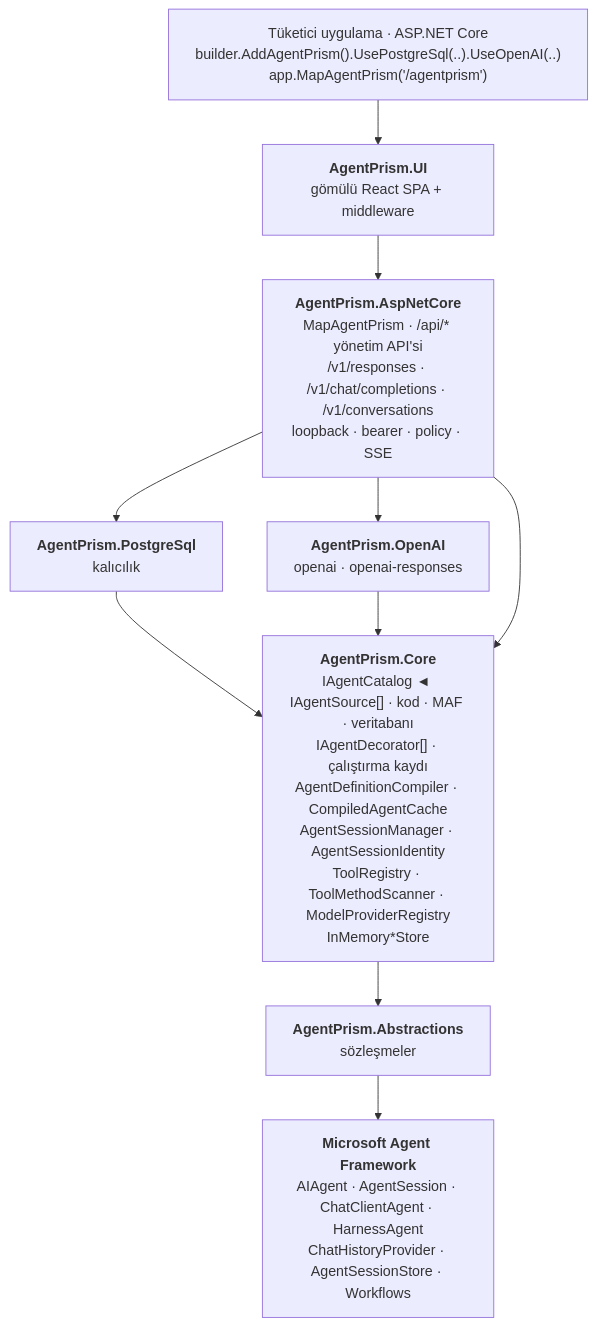
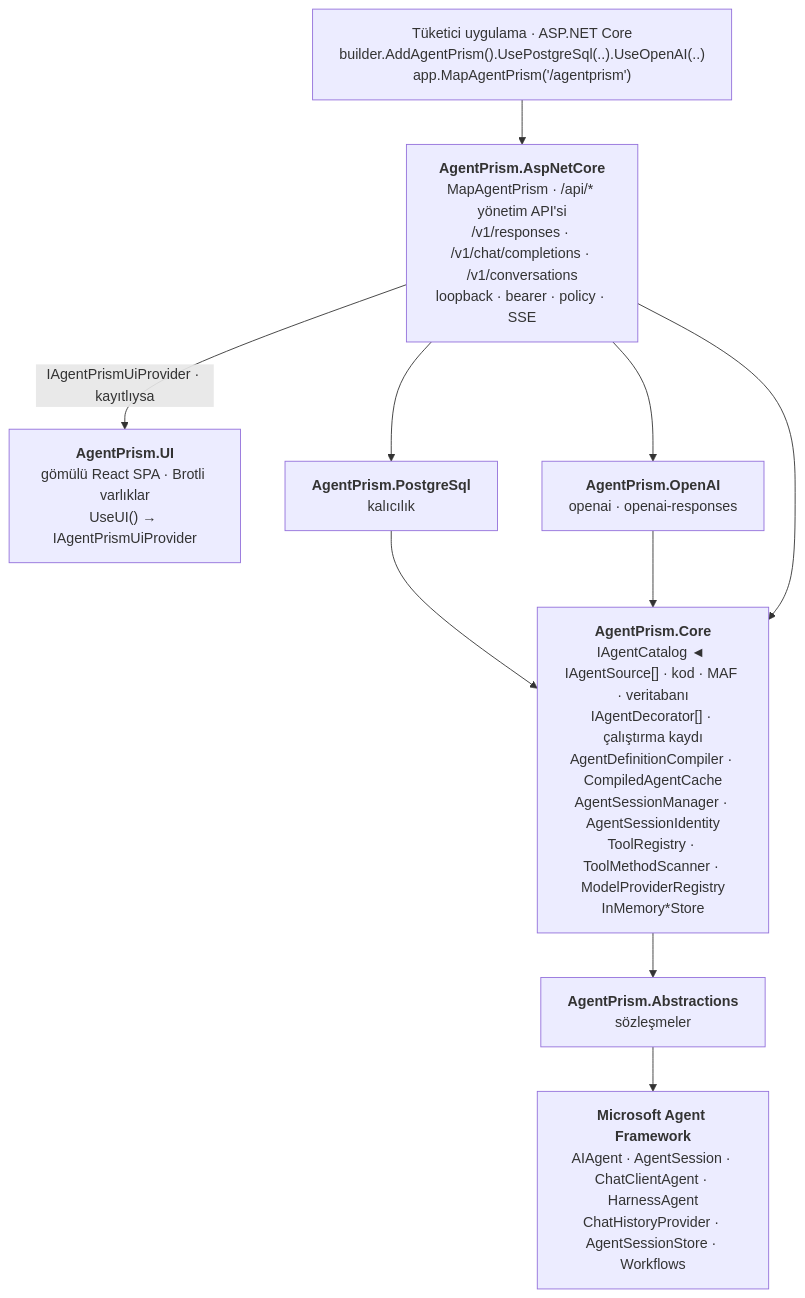
One commit to farukatasoy/Tracon changed the first of 8 diagrams in docs/MIMARI.md. Above: the diagram before and after it, drawn with Mermaid. The commit also changed other lines of this file and 69 other files, not shown here.

````diff
--- a/docs/MIMARI.md
+++ b/docs/MIMARI.md
@@ -61,25 +68,26 @@
 ```mermaid
 flowchart TD
     T["Tüketici uygulama · ASP.NET Core<br/>builder.AddAgentPrism().UsePostgreSql(..).UseOpenAI(..)<br/>app.MapAgentPrism('/agentprism')"]
 
-    UI["<b>AgentPrism.UI</b><br/>gömülü React SPA + middleware"]
+    UI["<b>AgentPrism.UI</b><br/>gömülü React SPA · Brotli varlıklar<br/>UseUI() → IAgentPrismUiProvider"]
 
     HTTP["<b>AgentPrism.AspNetCore</b><br/>MapAgentPrism · /api/* yönetim API'si<br/>/v1/responses · /v1/chat/completions · /v1/conversations<br/>loopback · bearer · policy · SSE"]
 
     PG["<b>AgentPrism.PostgreSql</b><br/>kalıcılık"]
     OA["<b>AgentPrism.OpenAI</b><br/>openai · openai-responses"]
 
     CORE["<b>AgentPrism.Core</b><br/>IAgentCatalog ◄ IAgentSource[] · kod · MAF · veritabanı<br/>IAgentDecorator[] · çalıştırma kaydı<br/>AgentDefinitionCompiler · CompiledAgentCache<br/>AgentSessionManager · AgentSessionIdentity<br/>ToolRegistry · ToolMethodScanner · ModelProviderRegistry<br/>InMemory*Store"]
 
     ABS["<b>AgentPrism.Abstractions</b><br/>sözleşmeler"]
 
     MAF["<b>Microsoft Agent Framework</b><br/>AIAgent · AgentSession · ChatClientAgent · HarnessAgent<br/>ChatHistoryProvider · AgentSessionStore · Workflows"]
 
-    T --> UI --> HTTP
+    T --> HTTP
+    HTTP -->|"IAgentPrismUiProvider · kayıtlıysa"| UI
     HTTP --> PG
     HTTP --> OA
     PG --> CORE
     OA --> CORE
     HTTP --> CORE
     CORE --> ABS --> MAF
 ```
````
